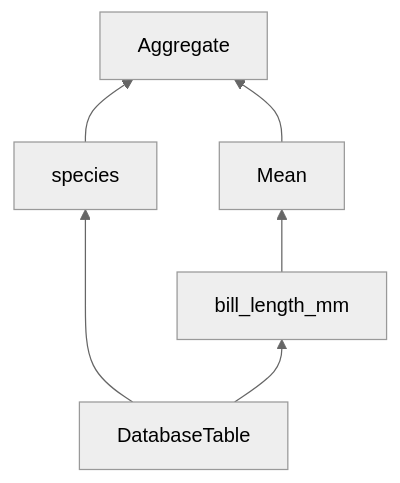
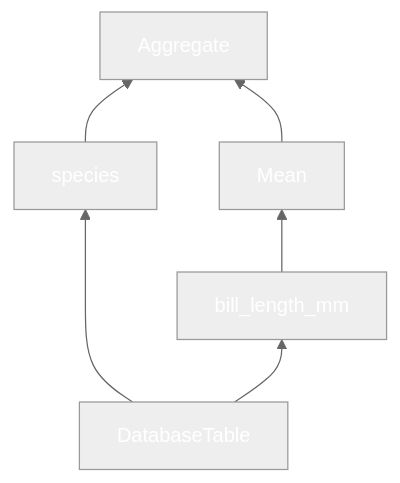
Before and after one commit to ibis-project/ibis: the first of 5 diagrams in docs/presentations/linkedin-meetup-2024-04-24.qmd, drawn with Mermaid (neutral theme). The commit also changed other lines of this file and 5 other files, not shown here.

````diff
--- a/docs/presentations/linkedin-meetup-2024-04-24.qmd
+++ b/docs/presentations/linkedin-meetup-2024-04-24.qmd
@@ -437,8 +420,19 @@
 ```{mermaid}
+
 graph BT
+  classDef white color:white;
+
+  %% graph definition
   DatabaseTable --> species
   DatabaseTable --> bill_length_mm
   bill_length_mm --> Mean
   species --> Aggregate
   Mean --> Aggregate
+
+  %% style
+  class DatabaseTable white;
+  class species white;
+  class bill_length_mm white;
+  class Mean white;
+  class Aggregate white;
 ```
````
